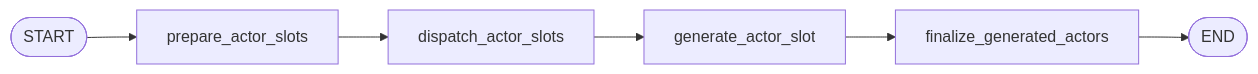
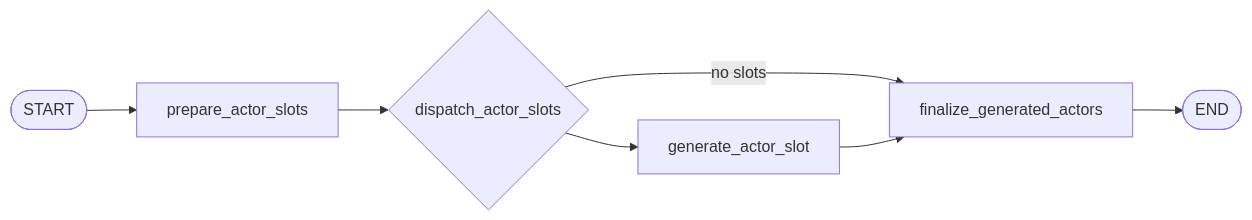
The diagram in docs/workflows/generation.md (keonho-kim/simula), drawn with Mermaid before and after one commit. The commit also changed other lines of this file and 14 other files, not shown here.

````diff
--- a/docs/workflows/generation.md
+++ b/docs/workflows/generation.md
@@ -9,8 +9,9 @@
 ```mermaid
 flowchart LR
     Start([START]) --> Prepare["prepare_actor_slots"]
-    Prepare --> FanOut["dispatch_actor_slots"]
+    Prepare --> FanOut{"dispatch_actor_slots"}
     FanOut --> Worker["generate_actor_slot"]
-    Worker --> Finalize["finalize_generated_actors"]
+    FanOut -->|no slots| Finalize["finalize_generated_actors"]
+    Worker --> Finalize
     Finalize --> End([END])
 ```
````
